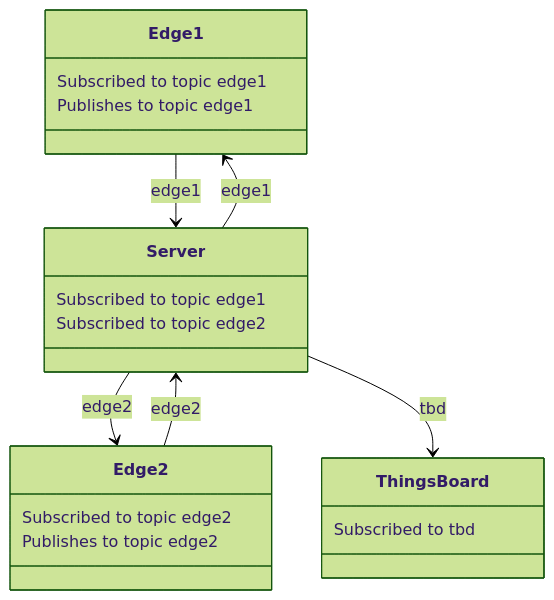
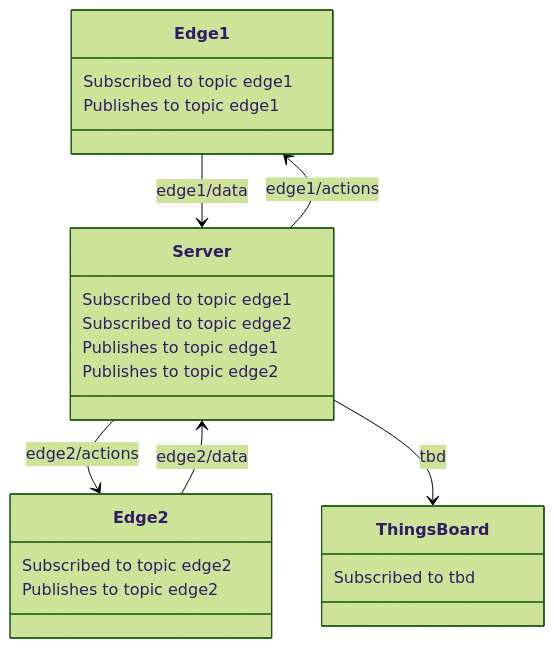
The second of 2 diagrams in README.md (jag3rm3ist3r/GroupAssignment), drawn with Mermaid (forest theme) before and after one commit. The commit also changed other lines of this file, not shown here.

Commit message:
Update README.md
Added detail to communication diagram

````diff
--- a/README.md
+++ b/README.md
@@ -52,26 +55,29 @@
 ```mermaid
 classDiagram
 class Edge1
 class Edge2
 class Server
 class ThingsBoard
 
-Edge1 --> Server : edge1
-Edge2 --> Server : edge2
+Edge1 --> Server : edge1/data
+Edge2 --> Server : edge2/data
 
-Server --> Edge1 : edge1
-Server --> Edge2 : edge2
+Server --> Edge1 : edge1/actions
+Server --> Edge2 : edge2/actions
 
 Edge1 : Subscribed to topic edge1
 Edge2 : Subscribed to topic edge2
 
 Server : Subscribed to topic edge1
 Server : Subscribed to topic edge2
 
 Edge1 : Publishes to topic edge1
 Edge2 : Publishes to topic edge2
 
+Server : Publishes to topic edge1
+Server : Publishes to topic edge2
+
 Server --> ThingsBoard : tbd
 
 ThingsBoard : Subscribed to tbd
 ```
````
